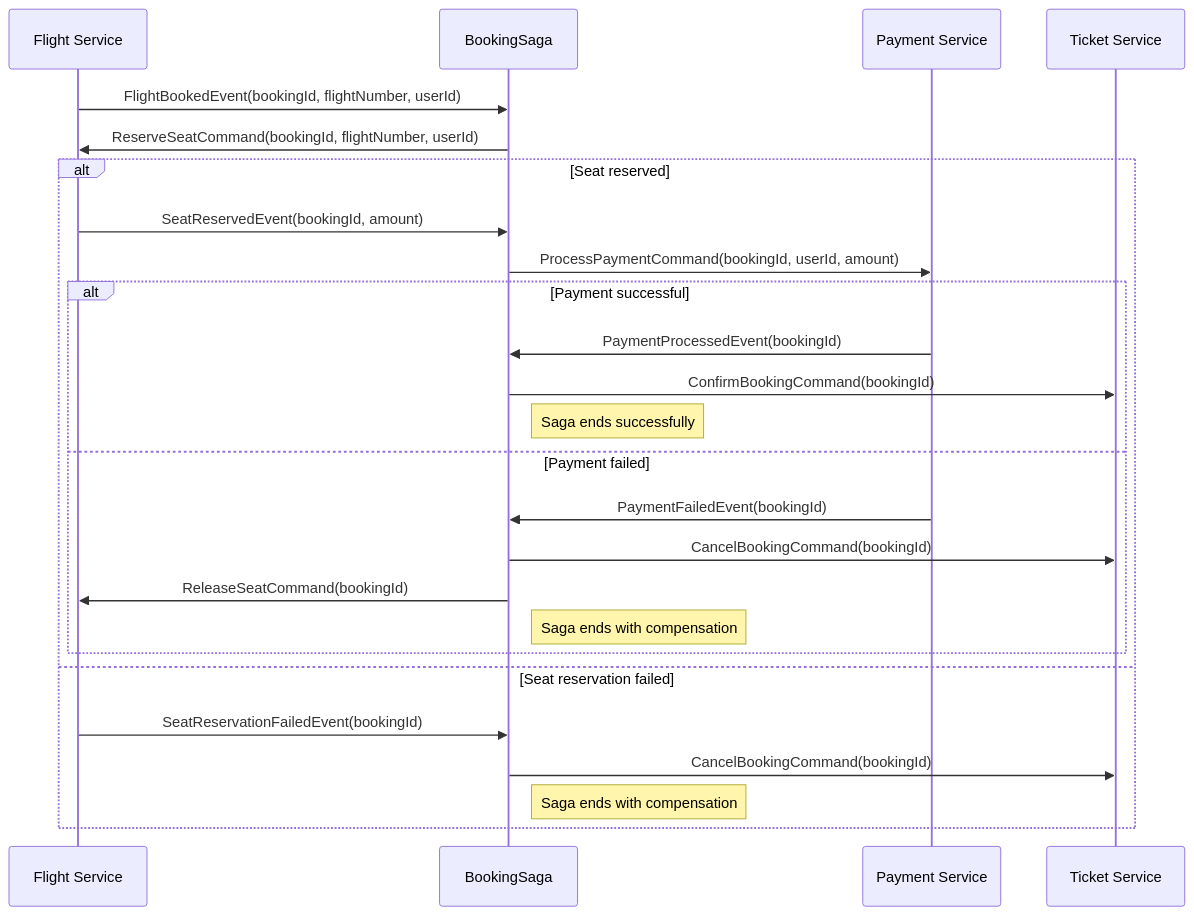
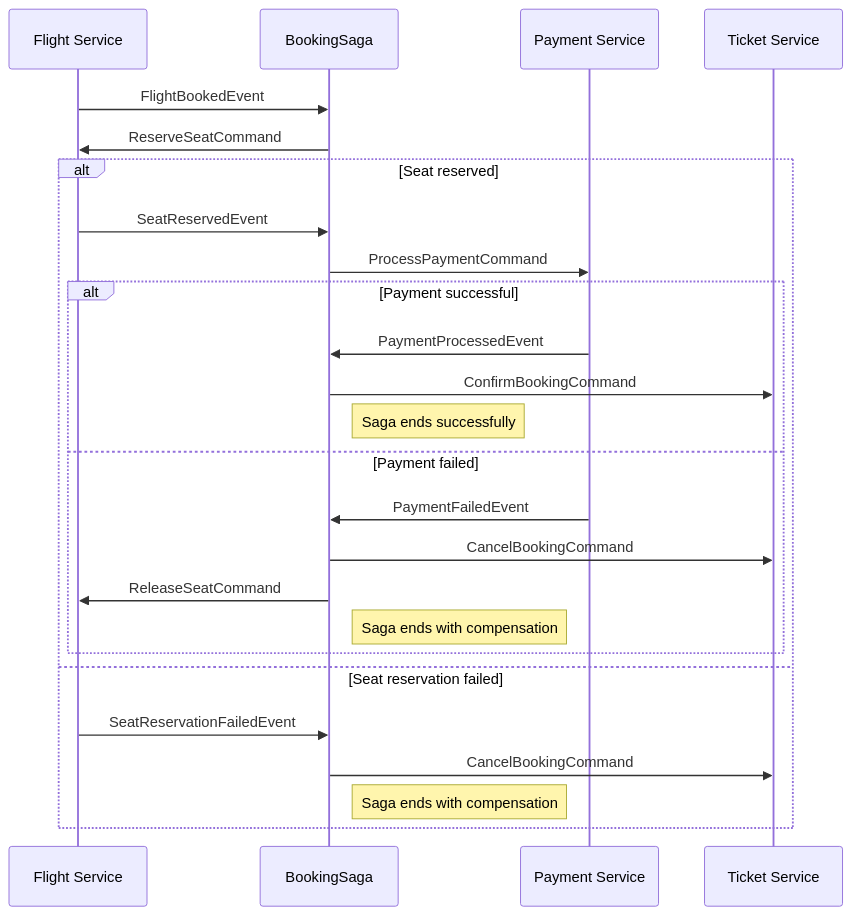
The diagram in saga.mmd (vstebletsov89/spring-boot-microservices-saga), drawn with Mermaid before and after one commit.

```diff
--- a/saga.mmd
+++ b/saga.mmd
@@ -1,29 +1,29 @@
 sequenceDiagram
     participant FS as Flight Service
     participant Saga as BookingSaga
     participant PS as Payment Service
     participant TS as Ticket Service
 
-    FS->>Saga: FlightBookedEvent(bookingId, flightNumber, userId)
-    Saga->>FS: ReserveSeatCommand(bookingId, flightNumber, userId)
+    FS->>Saga: FlightBookedEvent
+    Saga->>FS: ReserveSeatCommand
 
     alt Seat reserved
-        FS->>Saga: SeatReservedEvent(bookingId, amount)
-        Saga->>PS: ProcessPaymentCommand(bookingId, userId, amount)
+        FS->>Saga: SeatReservedEvent
+        Saga->>PS: ProcessPaymentCommand
 
         alt Payment successful
-            PS->>Saga: PaymentProcessedEvent(bookingId)
-            Saga->>TS: ConfirmBookingCommand(bookingId)
+            PS->>Saga: PaymentProcessedEvent
+            Saga->>TS: ConfirmBookingCommand
             Note right of Saga: Saga ends successfully
         else Payment failed
-            PS->>Saga: PaymentFailedEvent(bookingId)
-            Saga->>TS: CancelBookingCommand(bookingId)
-            Saga->>FS: ReleaseSeatCommand(bookingId)
+            PS->>Saga: PaymentFailedEvent
+            Saga->>TS: CancelBookingCommand
+            Saga->>FS: ReleaseSeatCommand
             Note right of Saga: Saga ends with compensation
         end
 
     else Seat reservation failed
-        FS->>Saga: SeatReservationFailedEvent(bookingId)
-        Saga->>TS: CancelBookingCommand(bookingId)
+        FS->>Saga: SeatReservationFailedEvent
+        Saga->>TS: CancelBookingCommand
         Note right of Saga: Saga ends with compensation
     end
```
